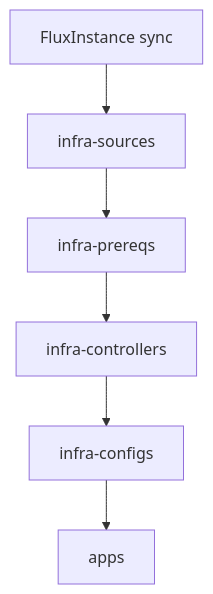
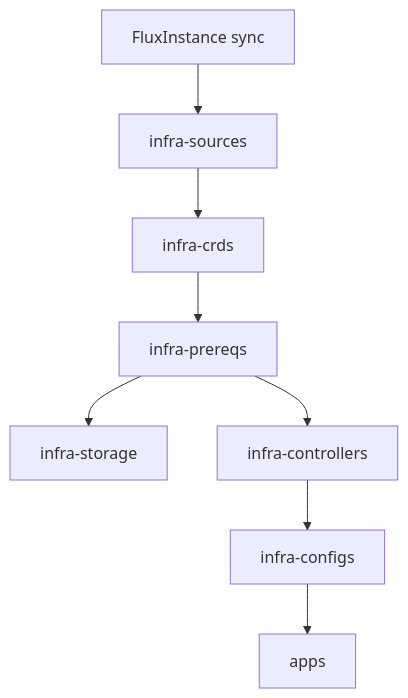
The diagram in AGENTS.md (damoun/fleet-infra), drawn with Mermaid before and after one commit. The commit also changed other lines of this file, not shown here.

````diff
--- a/AGENTS.md
+++ b/AGENTS.md
@@ -129,8 +125,10 @@
 ```mermaid
 flowchart TD
     Sync[FluxInstance sync] --> Sources[infra-sources]
-    Sources --> Prereqs[infra-prereqs]
+    Sources --> CRDs[infra-crds]
+    CRDs --> Prereqs[infra-prereqs]
+    Prereqs --> Storage[infra-storage]
     Prereqs --> Controllers[infra-controllers]
     Controllers --> Configs[infra-configs]
     Configs --> Apps[apps]
 ```
````
